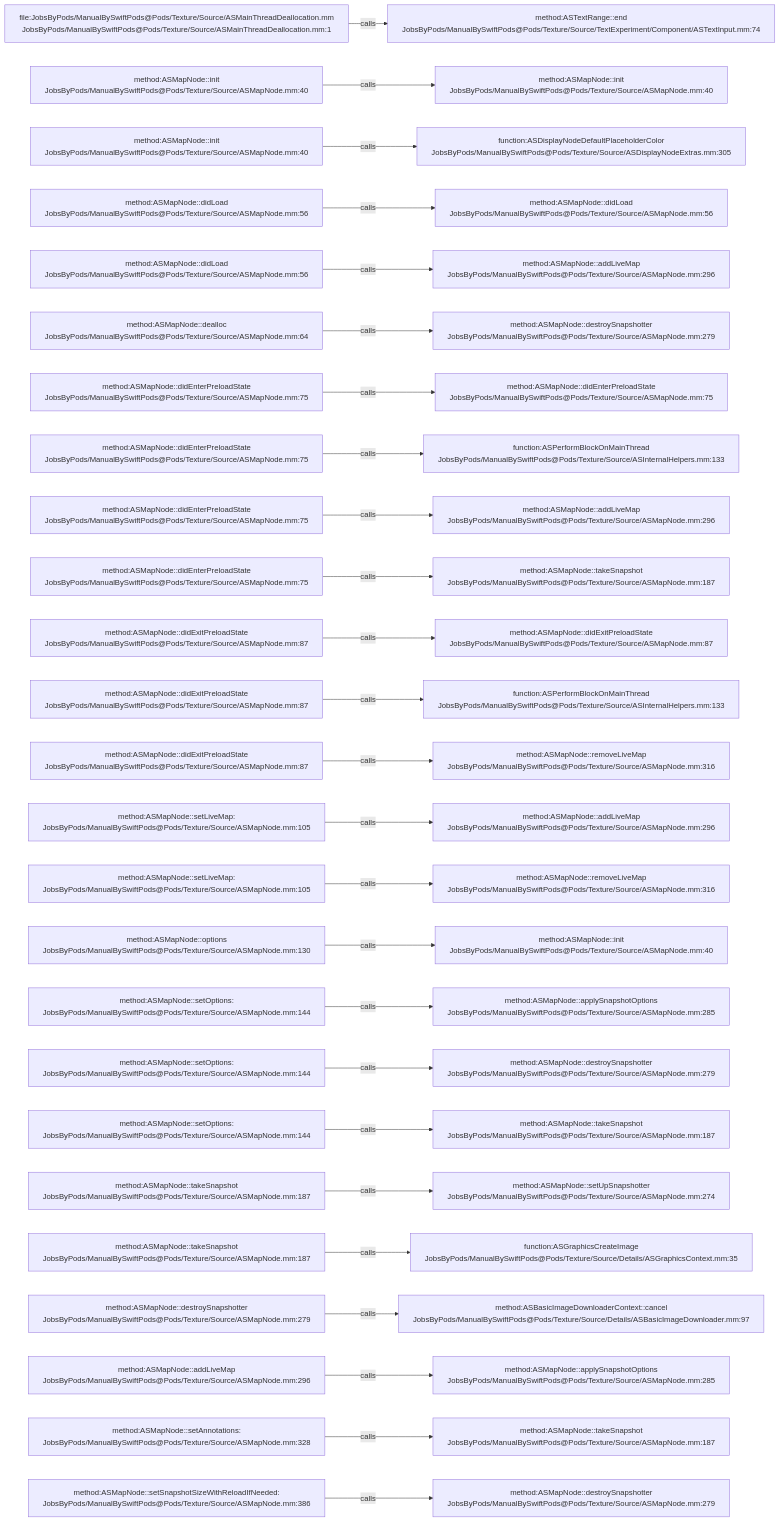
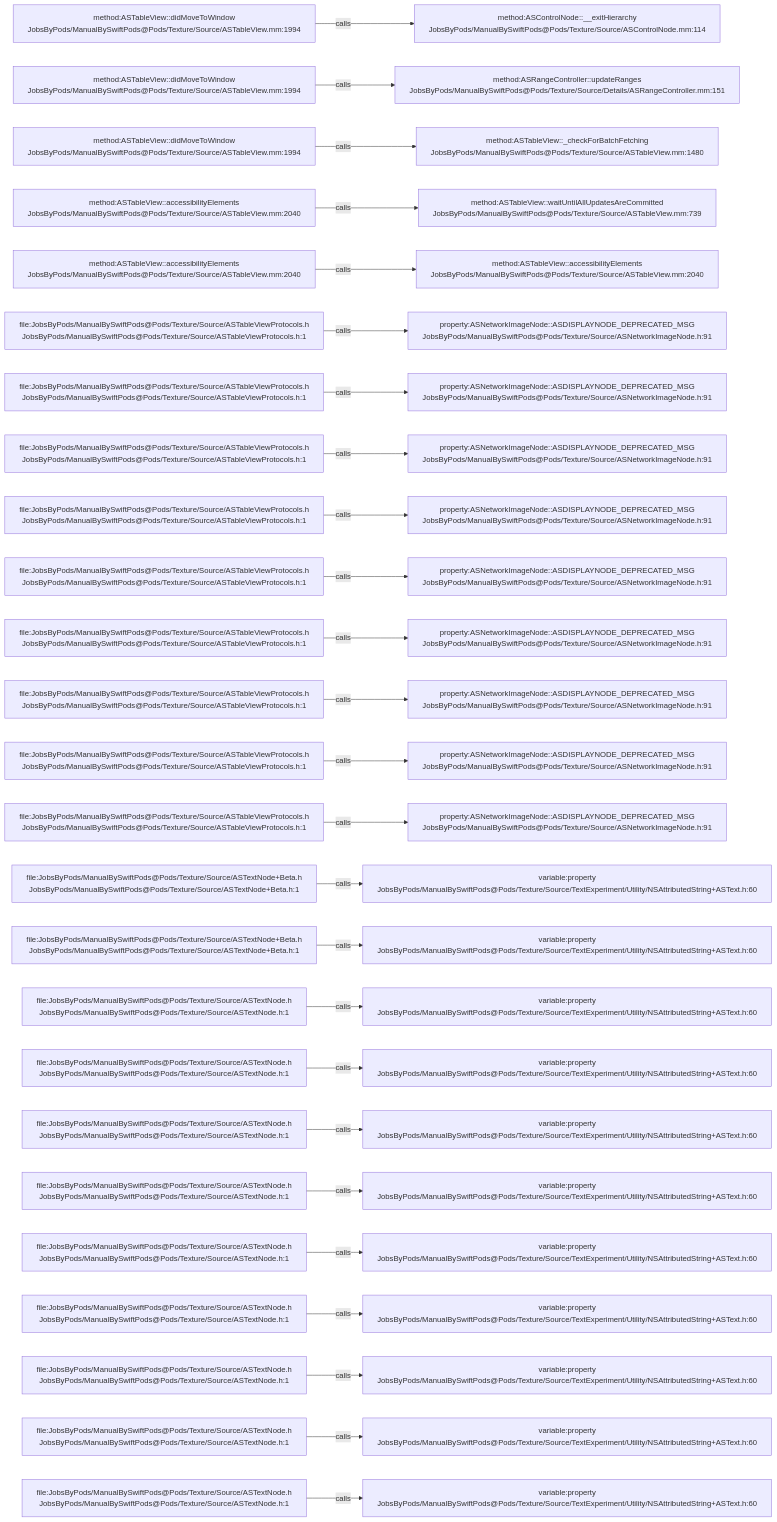
One commit to JobsKits/JobsSwiftBaseConfigDemo changed the diagram in .codegraph/codegraph.md/graphs/calls-064.md. Above: the diagram before and after it, drawn with Mermaid. The commit also changed 832 other files, not shown here.

````diff
--- a/.codegraph/codegraph.md/graphs/calls-064.md
+++ b/.codegraph/codegraph.md/graphs/calls-064.md
@@ -13,78 +13,78 @@
 ```mermaid
 flowchart LR
-  S1["file:JobsByPods/ManualBySwiftPods@Pods/Texture/Source/ASMainThreadDeallocation.mm<br/>JobsByPods/ManualBySwiftPods@Pods/Texture/Source/ASMainThreadDeallocation.mm:1"]
-  T1["method:ASTextRange::end<br/>JobsByPods/ManualBySwiftPods@Pods/Texture/Source/TextExperiment/Component/ASTextInput.mm:74"]
+  S1["method:ASTableView::didMoveToWindow<br/>JobsByPods/ManualBySwiftPods@Pods/Texture/Source/ASTableView.mm:1994"]
+  T1["method:ASControlNode::__exitHierarchy<br/>JobsByPods/ManualBySwiftPods@Pods/Texture/Source/ASControlNode.mm:114"]
   S1 -->|calls| T1
-  S2["method:ASMapNode::init<br/>JobsByPods/ManualBySwiftPods@Pods/Texture/Source/ASMapNode.mm:40"]
-  T2["method:ASMapNode::init<br/>JobsByPods/ManualBySwiftPods@Pods/Texture/Source/ASMapNode.mm:40"]
+  S2["method:ASTableView::didMoveToWindow<br/>JobsByPods/ManualBySwiftPods@Pods/Texture/Source/ASTableView.mm:1994"]
+  T2["method:ASRangeController::updateRanges<br/>JobsByPods/ManualBySwiftPods@Pods/Texture/Source/Details/ASRangeController.mm:151"]
   S2 -->|calls| T2
-  S3["method:ASMapNode::init<br/>JobsByPods/ManualBySwiftPods@Pods/Texture/Source/ASMapNode.mm:40"]
-  T3["function:ASDisplayNodeDefaultPlaceholderColor<br/>JobsByPods/ManualBySwiftPods@Pods/Texture/Source/ASDisplayNodeExtras.mm:305"]
+  S3["method:ASTableView::didMoveToWindow<br/>JobsByPods/ManualBySwiftPods@Pods/Texture/Source/ASTableView.mm:1994"]
+  T3["method:ASTableView::_checkForBatchFetching<br/>JobsByPods/ManualBySwiftPods@Pods/Texture/Source/ASTableView.mm:1480"]
   S3 -->|calls| T3
-  S4["method:ASMapNode::didLoad<br/>JobsByPods/ManualBySwiftPods@Pods/Texture/Source/ASMapNode.mm:56"]
-  T4["method:ASMapNode::didLoad<br/>JobsByPods/ManualBySwiftPods@Pods/Texture/Source/ASMapNode.mm:56"]
+  S4["method:ASTableView::accessibilityElements<br/>JobsByPods/ManualBySwiftPods@Pods/Texture/Source/ASTableView.mm:2040"]
+  T4["method:ASTableView::waitUntilAllUpdatesAreCommitted<br/>JobsByPods/ManualBySwiftPods@Pods/Texture/Source/ASTableView.mm:739"]
   S4 -->|calls| T4
-  S5["method:ASMapNode::didLoad<br/>JobsByPods/ManualBySwiftPods@Pods/Texture/Source/ASMapNode.mm:56"]
-  T5["method:ASMapNode::addLiveMap<br/>JobsByPods/ManualBySwiftPods@Pods/Texture/Source/ASMapNode.mm:296"]
+  S5["method:ASTableView::accessibilityElements<br/>JobsByPods/ManualBySwiftPods@Pods/Texture/Source/ASTableView.mm:2040"]
+  T5["method:ASTableView::accessibilityElements<br/>JobsByPods/ManualBySwiftPods@Pods/Texture/Source/ASTableView.mm:2040"]
   S5 -->|calls| T5
-  S6["method:ASMapNode::dealloc<br/>JobsByPods/ManualBySwiftPods@Pods/Texture/Source/ASMapNode.mm:64"]
-  T6["method:ASMapNode::destroySnapshotter<br/>JobsByPods/ManualBySwiftPods@Pods/Texture/Source/ASMapNode.mm:279"]
+  S6["file:JobsByPods/ManualBySwiftPods@Pods/Texture/Source/ASTableViewProtocols.h<br/>JobsByPods/ManualBySwiftPods@Pods/Texture/Source/ASTableViewProtocols.h:1"]
+  T6["property:ASNetworkImageNode::ASDISPLAYNODE_DEPRECATED_MSG<br/>JobsByPods/ManualBySwiftPods@Pods/Texture/Source/ASNetworkImageNode.h:91"]
   S6 -->|calls| T6
-  S7["method:ASMapNode::didEnterPreloadState<br/>JobsByPods/ManualBySwiftPods@Pods/Texture/Source/ASMapNode.mm:75"]
-  T7["method:ASMapNode::didEnterPreloadState<br/>JobsByPods/ManualBySwiftPods@Pods/Texture/Source/ASMapNode.mm:75"]
+  S7["file:JobsByPods/ManualBySwiftPods@Pods/Texture/Source/ASTableViewProtocols.h<br/>JobsByPods/ManualBySwiftPods@Pods/Texture/Source/ASTableViewProtocols.h:1"]
+  T7["property:ASNetworkImageNode::ASDISPLAYNODE_DEPRECATED_MSG<br/>JobsByPods/ManualBySwiftPods@Pods/Texture/Source/ASNetworkImageNode.h:91"]
   S7 -->|calls| T7
-  S8["method:ASMapNode::didEnterPreloadState<br/>JobsByPods/ManualBySwiftPods@Pods/Texture/Source/ASMapNode.mm:75"]
-  T8["function:ASPerformBlockOnMainThread<br/>JobsByPods/ManualBySwiftPods@Pods/Texture/Source/ASInternalHelpers.mm:133"]
+  S8["file:JobsByPods/ManualBySwiftPods@Pods/Texture/Source/ASTableViewProtocols.h<br/>JobsByPods/ManualBySwiftPods@Pods/Texture/Source/ASTableViewProtocols.h:1"]
+  T8["property:ASNetworkImageNode::ASDISPLAYNODE_DEPRECATED_MSG<br/>JobsByPods/ManualBySwiftPods@Pods/Texture/Source/ASNetworkImageNode.h:91"]
   S8 -->|calls| T8
-  S9["method:ASMapNode::didEnterPreloadState<br/>JobsByPods/ManualBySwiftPods@Pods/Texture/Source/ASMapNode.mm:75"]
-  T9["method:ASMapNode::addLiveMap<br/>JobsByPods/ManualBySwiftPods@Pods/Texture/Source/ASMapNode.mm:296"]
+  S9["file:JobsByPods/ManualBySwiftPods@Pods/Texture/Source/ASTableViewProtocols.h<br/>JobsByPods/ManualBySwiftPods@Pods/Texture/Source/ASTableViewProtocols.h:1"]
+  T9["property:ASNetworkImageNode::ASDISPLAYNODE_DEPRECATED_MSG<br/>JobsByPods/ManualBySwiftPods@Pods/Texture/Source/ASNetworkImageNode.h:91"]
   S9 -->|calls| T9
-  S10["method:ASMapNode::didEnterPreloadState<br/>JobsByPods/ManualBySwiftPods@Pods/Texture/Source/ASMapNode.mm:75"]
-  T10["method:ASMapNode::takeSnapshot<br/>JobsByPods/ManualBySwiftPods@Pods/Texture/Source/ASMapNode.mm:187"]
+  S10["file:JobsByPods/ManualBySwiftPods@Pods/Texture/Source/ASTableViewProtocols.h<br/>JobsByPods/ManualBySwiftPods@Pods/Texture/Source/ASTableViewProtocols.h:1"]
+  T10["property:ASNetworkImageNode::ASDISPLAYNODE_DEPRECATED_MSG<br/>JobsByPods/ManualBySwiftPods@Pods/Texture/Source/ASNetworkImageNode.h:91"]
   S10 -->|calls| T10
-  S11["method:ASMapNode::didExitPreloadState<br/>JobsByPods/ManualBySwiftPods@Pods/Texture/Source/ASMapNode.mm:87"]
-  T11["method:ASMapNode::didExitPreloadState<br/>JobsByPods/ManualBySwiftPods@Pods/Texture/Source/ASMapNode.mm:87"]
+  S11["file:JobsByPods/ManualBySwiftPods@Pods/Texture/Source/ASTableViewProtocols.h<br/>JobsByPods/ManualBySwiftPods@Pods/Texture/Source/ASTableViewProtocols.h:1"]
+  T11["property:ASNetworkImageNode::ASDISPLAYNODE_DEPRECATED_MSG<br/>JobsByPods/ManualBySwiftPods@Pods/Texture/Source/ASNetworkImageNode.h:91"]
   S11 -->|calls| T11
-  S12["method:ASMapNode::didExitPreloadState<br/>JobsByPods/ManualBySwiftPods@Pods/Texture/Source/ASMapNode.mm:87"]
-  T12["function:ASPerformBlockOnMainThread<br/>JobsByPods/ManualBySwiftPods@Pods/Texture/Source/ASInternalHelpers.mm:133"]
+  S12["file:JobsByPods/ManualBySwiftPods@Pods/Texture/Source/ASTableViewProtocols.h<br/>JobsByPods/ManualBySwiftPods@Pods/Texture/Source/ASTableViewProtocols.h:1"]
+  T12["property:ASNetworkImageNode::ASDISPLAYNODE_DEPRECATED_MSG<br/>JobsByPods/ManualBySwiftPods@Pods/Texture/Source/ASNetworkImageNode.h:91"]
   S12 -->|calls| T12
-  S13["method:ASMapNode::didExitPreloadState<br/>JobsByPods/ManualBySwiftPods@Pods/Texture/Source/ASMapNode.mm:87"]
-  T13["method:ASMapNode::removeLiveMap<br/>JobsByPods/ManualBySwiftPods@Pods/Texture/Source/ASMapNode.mm:316"]
+  S13["file:JobsByPods/ManualBySwiftPods@Pods/Texture/Source/ASTableViewProtocols.h<br/>JobsByPods/ManualBySwiftPods@Pods/Texture/Source/ASTableViewProtocols.h:1"]
+  T13["property:ASNetworkImageNode::ASDISPLAYNODE_DEPRECATED_MSG<br/>JobsByPods/ManualBySwiftPods@Pods/Texture/Source/ASNetworkImageNode.h:91"]
   S13 -->|calls| T13
-  S14["method:ASMapNode::setLiveMap:<br/>JobsByPods/ManualBySwiftPods@Pods/Texture/Source/ASMapNode.mm:105"]
-  T14["method:ASMapNode::addLiveMap<br/>JobsByPods/ManualBySwiftPods@Pods/Texture/Source/ASMapNode.mm:296"]
+  S14["file:JobsByPods/ManualBySwiftPods@Pods/Texture/Source/ASTableViewProtocols.h<br/>JobsByPods/ManualBySwiftPods@Pods/Texture/Source/ASTableViewProtocols.h:1"]
+  T14["property:ASNetworkImageNode::ASDISPLAYNODE_DEPRECATED_MSG<br/>JobsByPods/ManualBySwiftPods@Pods/Texture/Source/ASNetworkImageNode.h:91"]
   S14 -->|calls| T14
-  S15["method:ASMapNode::setLiveMap:<br/>JobsByPods/ManualBySwiftPods@Pods/Texture/Source/ASMapNode.mm:105"]
-  T15["method:ASMapNode::removeLiveMap<br/>JobsByPods/ManualBySwiftPods@Pods/Texture/Source/ASMapNode.mm:316"]
+  S15["file:JobsByPods/ManualBySwiftPods@Pods/Texture/Source/ASTextNode+Beta.h<br/>JobsByPods/ManualBySwiftPods@Pods/Texture/Source/ASTextNode+Beta.h:1"]
+  T15["variable:property<br/>JobsByPods/ManualBySwiftPods@Pods/Texture/Source/TextExperiment/Utility/NSAttributedString+ASText.h:60"]
   S15 -->|calls| T15
-  S16["method:ASMapNode::options<br/>JobsByPods/ManualBySwiftPods@Pods/Texture/Source/ASMapNode.mm:130"]
-  T16["method:ASMapNode::init<br/>JobsByPods/ManualBySwiftPods@Pods/Texture/Source/ASMapNode.mm:40"]
+  S16["file:JobsByPods/ManualBySwiftPods@Pods/Texture/Source/ASTextNode+Beta.h<br/>JobsByPods/ManualBySwiftPods@Pods/Texture/Source/ASTextNode+Beta.h:1"]
+  T16["variable:property<br/>JobsByPods/ManualBySwiftPods@Pods/Texture/Source/TextExperiment/Utility/NSAttributedString+ASText.h:60"]
   S16 -->|calls| T16
-  S17["method:ASMapNode::setOptions:<br/>JobsByPods/ManualBySwiftPods@Pods/Texture/Source/ASMapNode.mm:144"]
-  T17["method:ASMapNode::applySnapshotOptions<br/>JobsByPods/ManualBySwiftPods@Pods/Texture/Source/ASMapNode.mm:285"]
+  S17["file:JobsByPods/ManualBySwiftPods@Pods/Texture/Source/ASTextNode.h<br/>JobsByPods/ManualBySwiftPods@Pods/Texture/Source/ASTextNode.h:1"]
+  T17["variable:property<br/>JobsByPods/ManualBySwiftPods@Pods/Texture/Source/TextExperiment/Utility/NSAttributedString+ASText.h:60"]
   S17 -->|calls| T17
-  S18["method:ASMapNode::setOptions:<br/>JobsByPods/ManualBySwiftPods@Pods/Texture/Source/ASMapNode.mm:144"]
-  T18["method:ASMapNode::destroySnapshotter<br/>JobsByPods/ManualBySwiftPods@Pods/Texture/Source/ASMapNode.mm:279"]
+  S18["file:JobsByPods/ManualBySwiftPods@Pods/Texture/Source/ASTextNode.h<br/>JobsByPods/ManualBySwiftPods@Pods/Texture/Source/ASTextNode.h:1"]
+  T18["variable:property<br/>JobsByPods/ManualBySwiftPods@Pods/Texture/Source/TextExperiment/Utility/NSAttributedString+ASText.h:60"]
   S18 -->|calls| T18
-  S19["method:ASMapNode::setOptions:<br/>JobsByPods/ManualBySwiftPods@Pods/Texture/Source/ASMapNode.mm:144"]
-  T19["method:ASMapNode::takeSnapshot<br/>JobsByPods/ManualBySwiftPods@Pods/Texture/Source/ASMapNode.mm:187"]
+  S19["file:JobsByPods/ManualBySwiftPods@Pods/Texture/Source/ASTextNode.h<br/>JobsByPods/ManualBySwiftPods@Pods/Texture/Source/ASTextNode.h:1"]
+  T19["variable:property<br/>JobsByPods/ManualBySwiftPods@Pods/Texture/Source/TextExperiment/Utility/NSAttributedString+ASText.h:60"]
   S19 -->|calls| T19
-  S20["method:ASMapNode::takeSnapshot<br/>JobsByPods/ManualBySwiftPods@Pods/Texture/Source/ASMapNode.mm:187"]
-  T20["method:ASMapNode::setUpSnapshotter<br/>JobsByPods/ManualBySwiftPods@Pods/Texture/Source/ASMapNode.mm:274"]
+  S20["file:JobsByPods/ManualBySwiftPods@Pods/Texture/Source/ASTextNode.h<br/>JobsByPods/ManualBySwiftPods@Pods/Texture/Source/ASTextNode.h:1"]
+  T20["variable:property<br/>JobsByPods/ManualBySwiftPods@Pods/Texture/Source/TextExperiment/Utility/NSAttributedString+ASText.h:60"]
   S20 -->|calls| T20
-  S21["method:ASMapNode::takeSnapshot<br/>JobsByPods/ManualBySwiftPods@Pods/Texture/Source/ASMapNode.mm:187"]
-  T21["function:ASGraphicsCreateImage<br/>JobsByPods/ManualBySwiftPods@Pods/Texture/Source/Details/ASGraphicsContext.mm:35"]
+  S21["file:JobsByPods/ManualBySwiftPods@Pods/Texture/Source/ASTextNode.h<br/>JobsByPods/ManualBySwiftPods@Pods/Texture/Source/ASTextNode.h:1"]
+  T21["variable:property<br/>JobsByPods/ManualBySwiftPods@Pods/Texture/Source/TextExperiment/Utility/NSAttributedString+ASText.h:60"]
   S21 -->|calls| T21
-  S22["method:ASMapNode::destroySnapshotter<br/>JobsByPods/ManualBySwiftPods@Pods/Texture/Source/ASMapNode.mm:279"]
-  T22["method:ASBasicImageDownloaderContext::cancel<br/>JobsByPods/ManualBySwiftPods@Pods/Texture/Source/Details/ASBasicImageDownloader.mm:97"]
+  S22["file:JobsByPods/ManualBySwiftPods@Pods/Texture/Source/ASTextNode.h<br/>JobsByPods/ManualBySwiftPods@Pods/Texture/Source/ASTextNode.h:1"]
+  T22["variable:property<br/>JobsByPods/ManualBySwiftPods@Pods/Texture/Source/TextExperiment/Utility/NSAttributedString+ASText.h:60"]
   S22 -->|calls| T22
-  S23["method:ASMapNode::addLiveMap<br/>JobsByPods/ManualBySwiftPods@Pods/Texture/Source/ASMapNode.mm:296"]
-  T23["method:ASMapNode::applySnapshotOptions<br/>JobsByPods/ManualBySwiftPods@Pods/Texture/Source/ASMapNode.mm:285"]
+  S23["file:JobsByPods/ManualBySwiftPods@Pods/Texture/Source/ASTextNode.h<br/>JobsByPods/ManualBySwiftPods@Pods/Texture/Source/ASTextNode.h:1"]
+  T23["variable:property<br/>JobsByPods/ManualBySwiftPods@Pods/Texture/Source/TextExperiment/Utility/NSAttributedString+ASText.h:60"]
   S23 -->|calls| T23
-  S24["method:ASMapNode::setAnnotations:<br/>JobsByPods/ManualBySwiftPods@Pods/Texture/Source/ASMapNode.mm:328"]
-  T24["method:ASMapNode::takeSnapshot<br/>JobsByPods/ManualBySwiftPods@Pods/Texture/Source/ASMapNode.mm:187"]
+  S24["file:JobsByPods/ManualBySwiftPods@Pods/Texture/Source/ASTextNode.h<br/>JobsByPods/ManualBySwiftPods@Pods/Texture/Source/ASTextNode.h:1"]
+  T24["variable:property<br/>JobsByPods/ManualBySwiftPods@Pods/Texture/Source/TextExperiment/Utility/NSAttributedString+ASText.h:60"]
   S24 -->|calls| T24
-  S25["method:ASMapNode::setSnapshotSizeWithReloadIfNeeded:<br/>JobsByPods/ManualBySwiftPods@Pods/Texture/Source/ASMapNode.mm:386"]
-  T25["method:ASMapNode::destroySnapshotter<br/>JobsByPods/ManualBySwiftPods@Pods/Texture/Source/ASMapNode.mm:279"]
+  S25["file:JobsByPods/ManualBySwiftPods@Pods/Texture/Source/ASTextNode.h<br/>JobsByPods/ManualBySwiftPods@Pods/Texture/Source/ASTextNode.h:1"]
+  T25["variable:property<br/>JobsByPods/ManualBySwiftPods@Pods/Texture/Source/TextExperiment/Utility/NSAttributedString+ASText.h:60"]
   S25 -->|calls| T25
 ```
````
